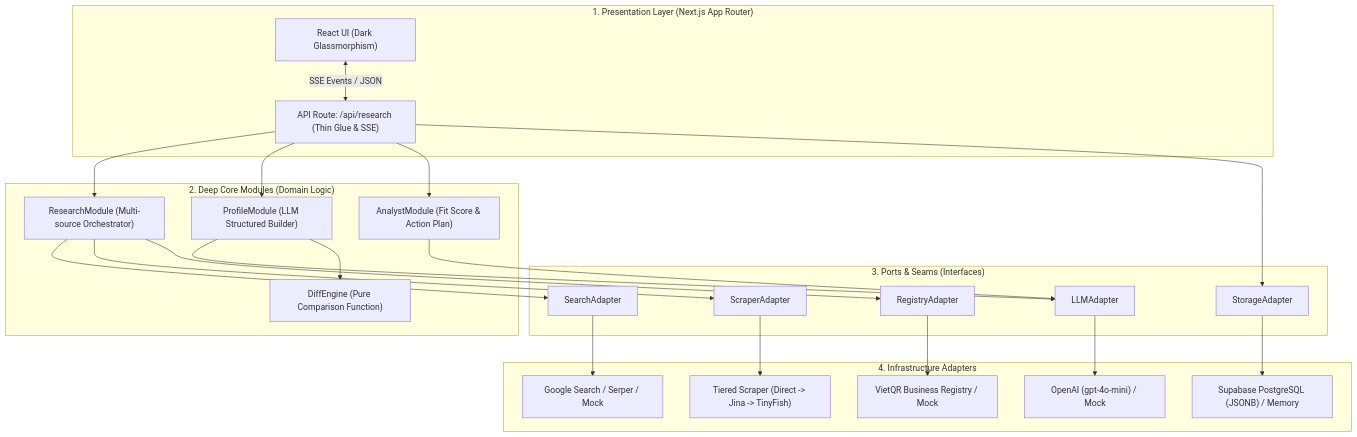
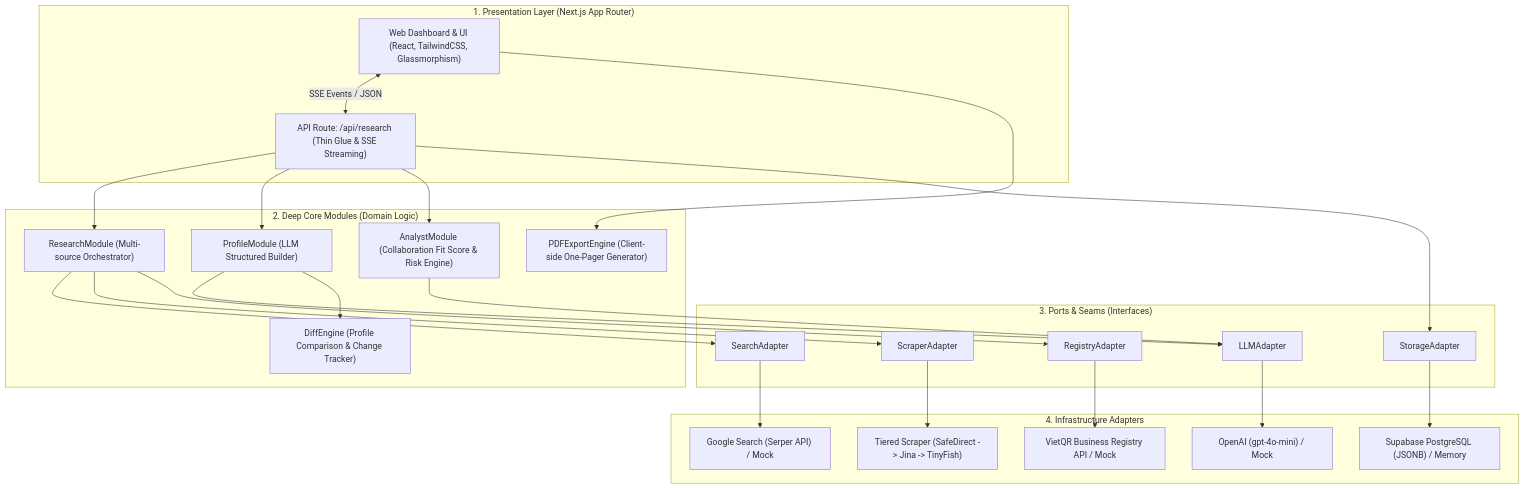
The first of 4 diagrams in README.md (devonxjz/TechBridgeAI), drawn with Mermaid before and after one commit. The commit also changed other lines of this file and 1 other file, not shown here.

Commit message:
docs: update README with system architecture illustration and class diagrams

````diff
--- a/README.md
+++ b/README.md
@@ -42,49 +55,51 @@
 ```mermaid
 graph TB
   subgraph Presentation ["1. Presentation Layer (Next.js App Router)"]
-    UI["React UI (Dark Glassmorphism)"]
-    API["API Route: /api/research (Thin Glue & SSE)"]
+    UI["Web Dashboard & UI (React, TailwindCSS, Glassmorphism)"]
+    API["API Route: /api/research (Thin Glue & SSE Streaming)"]
   end
 
   subgraph CoreModules ["2. Deep Core Modules (Domain Logic)"]
     RM["ResearchModule (Multi-source Orchestrator)"]
     PM["ProfileModule (LLM Structured Builder)"]
-    DE["DiffEngine (Pure Comparison Function)"]
-    AM["AnalystModule (Fit Score & Action Plan)"]
+    DE["DiffEngine (Profile Comparison & Change Tracker)"]
+    AM["AnalystModule (Collaboration Fit Score & Risk Engine)"]
+    PDF["PDFExportEngine (Client-side One-Pager Generator)"]
   end
 
   subgraph Ports ["3. Ports & Seams (Interfaces)"]
     PortLLM["LLMAdapter"]
     PortSearch["SearchAdapter"]
     PortScraper["ScraperAdapter"]
     PortRegistry["RegistryAdapter"]
     PortStorage["StorageAdapter"]
   end
 
   subgraph Adapters ["4. Infrastructure Adapters"]
     OpenAI["OpenAI (gpt-4o-mini) / Mock"]
-    Serper["Google Search / Serper / Mock"]
-    Tiered["Tiered Scraper (Direct -> Jina -> TinyFish)"]
-    VietQR["VietQR Business Registry / Mock"]
+    Serper["Google Search (Serper API) / Mock"]
+    TieredScraper["Tiered Scraper (SafeDirect -> Jina -> TinyFish)"]
+    VietQR["VietQR Business Registry API / Mock"]
     Supabase["Supabase PostgreSQL (JSONB) / Memory"]
   end
 
   UI <-->|SSE Events / JSON| API
+  UI --> PDF
   API --> RM
   API --> PM
   API --> AM
 
   RM --> PortSearch
   RM --> PortScraper
   RM --> PortRegistry
   PM --> PortLLM
   PM --> DE
   AM --> PortLLM
   API --> PortStorage
 
   PortLLM --> OpenAI
   PortSearch --> Serper
-  PortScraper --> Tiered
+  PortScraper --> TieredScraper
   PortRegistry --> VietQR
   PortStorage --> Supabase
 ```
````
